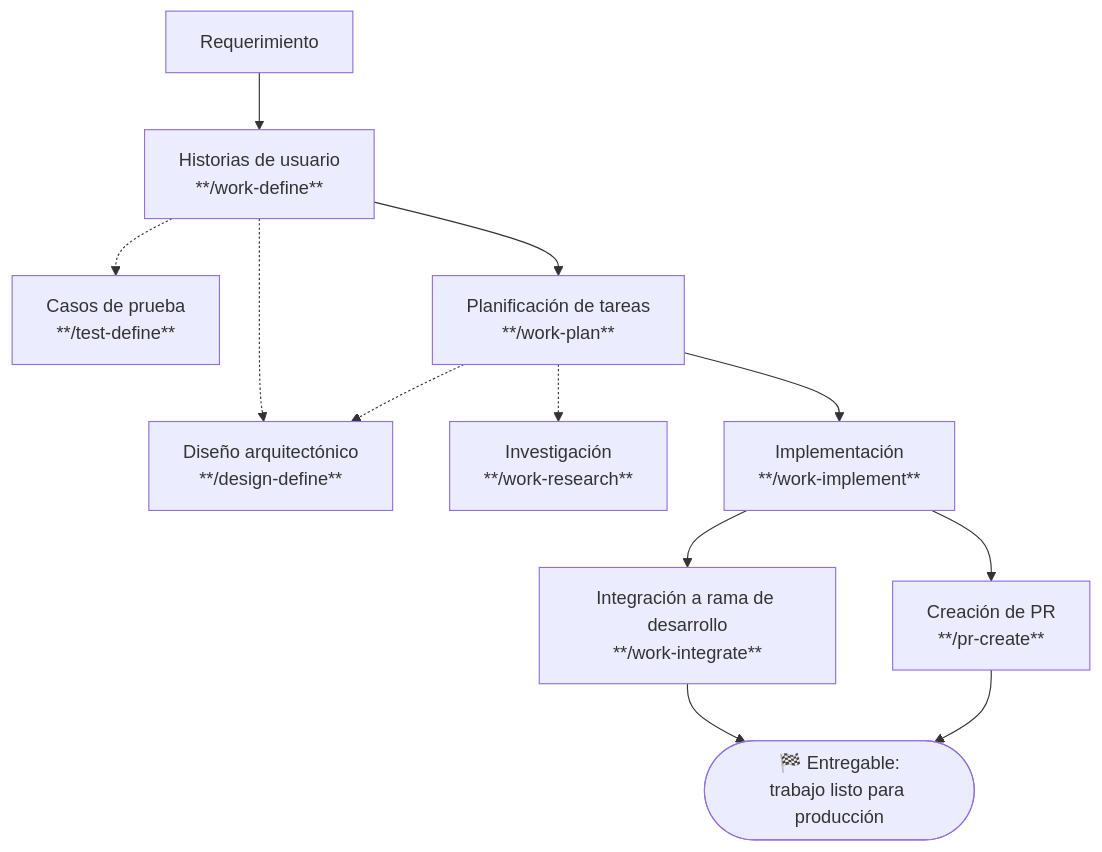
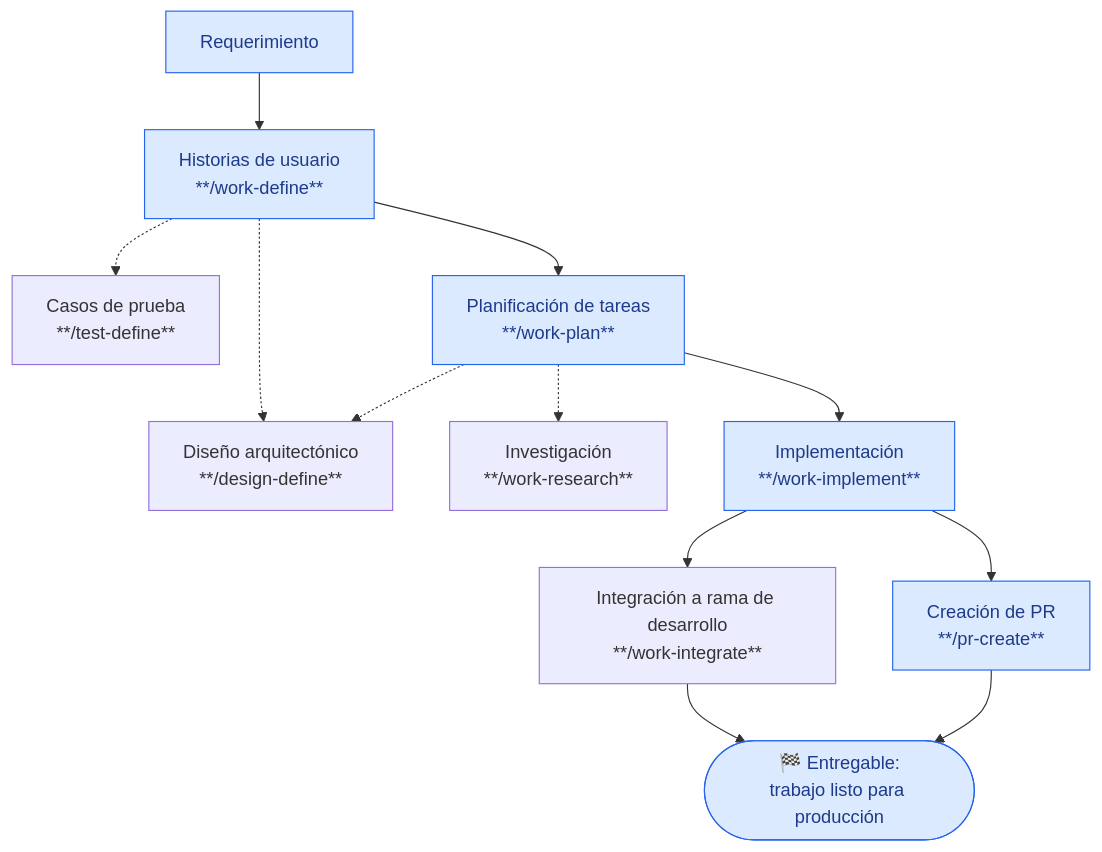
The second of 2 diagrams in README.md (juanca202/ai), drawn with Mermaid before and after one commit. The commit also changed other lines of this file and 10 other files, not shown here.

First line of the commit message:
docs: update README and agent documentation to reflect new architecture skills

````diff
--- a/README.md
+++ b/README.md
@@ -84,14 +83,17 @@
 ```mermaid
 flowchart TD
     A[Requerimiento] --> B["Historias de usuario<br/>**/work-define**"]
     B -.-> C["Casos de prueba<br/>**/test-define**"]
     B -.-> D["Diseño arquitectónico<br/>**/design-define**"]
     B --> E["Planificación de tareas<br/>**/work-plan**"]
     E -.-> F["Investigación<br/>**/work-research**"]
     E -.-> D
     E --> G["Implementación<br/>**/work-implement**"]
     G --> H["Integración a rama de desarrollo<br/>**/work-integrate**"]
     G --> I["Creación de PR<br/>**/pr-create**"]
     H --> J(["🏁 Entregable:<br/>trabajo listo para producción"])
     I --> J
+
+    classDef main fill:#dbeafe,stroke:#2563eb,color:#1e3a8a
+    class A,B,E,G,I,J main
 ```
````
